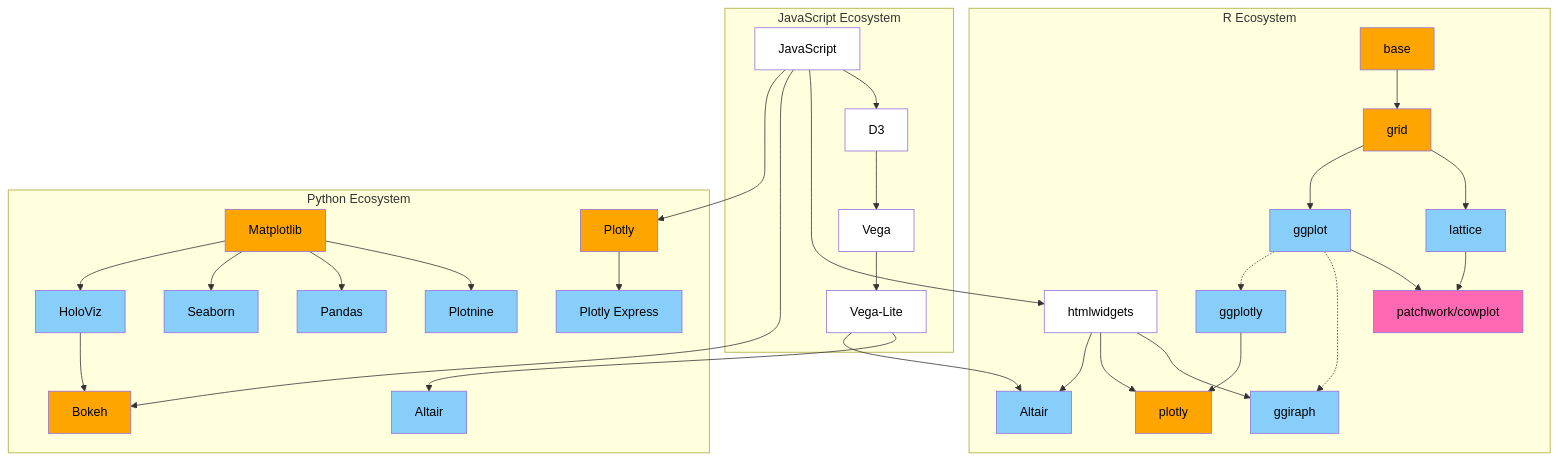
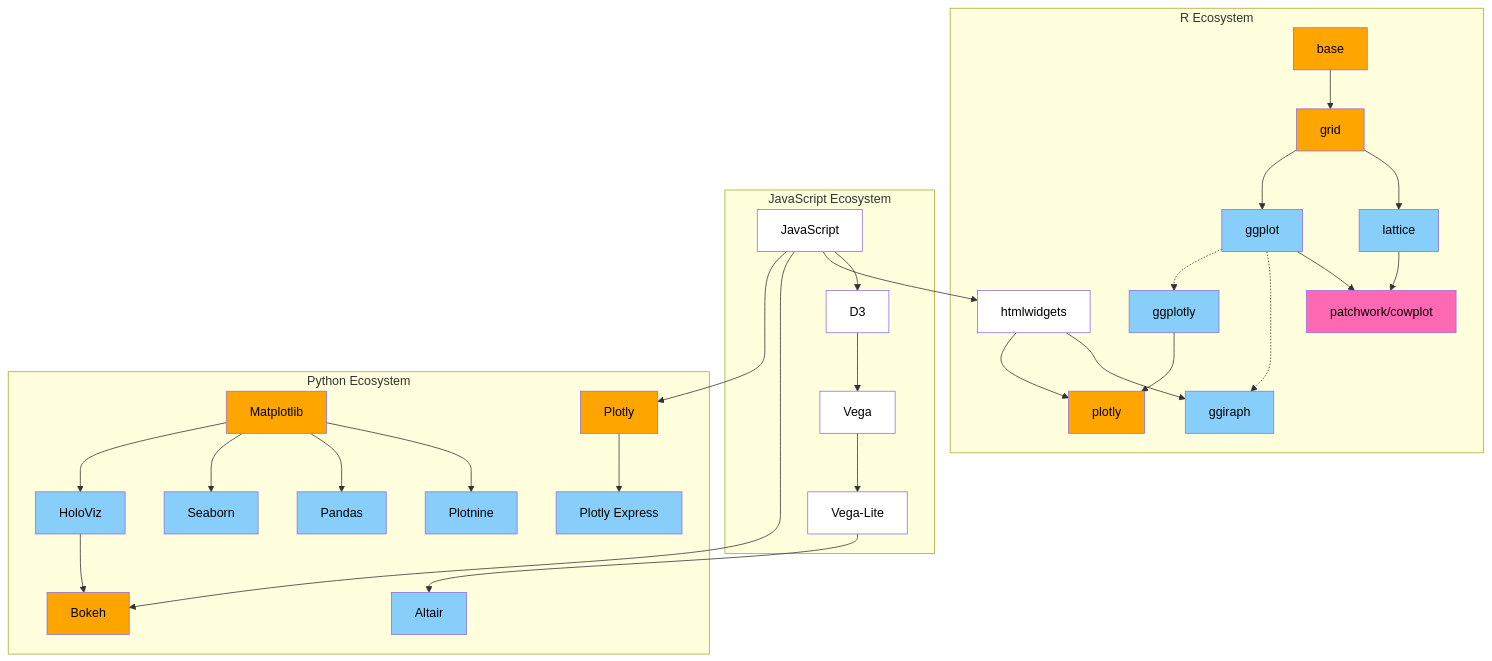
Before and after one commit to joelostblom/viz-oer: the first of 2 diagrams in textbook/1_intro.qmd, drawn with Mermaid. The commit also changed other lines of this file and 1 other file, not shown here.

````diff
--- a/textbook/1_intro.qmd
+++ b/textbook/1_intro.qmd
@@ -929,67 +1044,66 @@
 ```{mermaid}
 %%| mermaid-format: png
 %%{init: {'flowchart': {'width': 800}}}%%
 graph TD
     %% Color definitions
     classDef alignmentTool fill:#FF69B4,color:#000
     classDef highLevel fill:#87CEFA,color:#000
     classDef lowLevel fill:#FFA500,color:#000
     classDef javascript fill:#FFFFFF,color:#000
 
     %% R ecosystem
     base[base]:::lowLevel
     grid[grid]:::lowLevel
     lattice[lattice]:::highLevel
     ggplot[ggplot]:::highLevel
     ggiraph[ggiraph]:::highLevel
     ggplotly[ggplotly]:::highLevel
     plotly_r[plotly]:::lowLevel
     patchwork[patchwork/cowplot]:::alignmentTool
     htmlwidgets[htmlwidgets]:::javascript
-    altair_r[Altair]:::highLevel
 
     %% JavaScript-related
     js[JavaScript]:::javascript
     d3[D3]:::javascript
     vega[Vega]:::javascript
     vegalite[Vega-Lite]:::javascript
 
     %% Python ecosystem
     matplotlib[Matplotlib]:::lowLevel
     plotnine[Plotnine]:::highLevel
     pandas[Pandas]:::highLevel
     seaborn[Seaborn]:::highLevel
     holoviz[HoloViz]:::highLevel
     bokeh[Bokeh]:::lowLevel
     plotly_py[Plotly]:::lowLevel
     plotly_express[Plotly Express]:::highLevel
     altair[Altair]:::highLevel
 
     %% Subgraph for R ecosystem
     subgraph R_Ecosystem[R Ecosystem]
         base --> grid
         grid --> lattice & ggplot
         lattice & ggplot --> patchwork
         ggplot -.-> ggiraph & ggplotly
         ggplotly --> plotly_r
-        htmlwidgets --> ggiraph & plotly_r & altair_r
+        htmlwidgets --> ggiraph & plotly_r
     end
 
     %% Subgraph for JavaScript ecosystem
     subgraph JS_Ecosystem[JavaScript Ecosystem]
         js --> d3
         d3 --> vega
         vega --> vegalite
     end
 
     %% Subgraph for Python ecosystem
     subgraph Python_Ecosystem[Python Ecosystem]
         matplotlib --> plotnine & pandas & seaborn & holoviz
         holoviz --> bokeh
         plotly_py --> plotly_express
-        vegalite --> altair & altair_r
+        vegalite --> altair
     end
 
     %% Connections between ecosystems
     js --> htmlwidgets & bokeh & plotly_py
 ```
````
